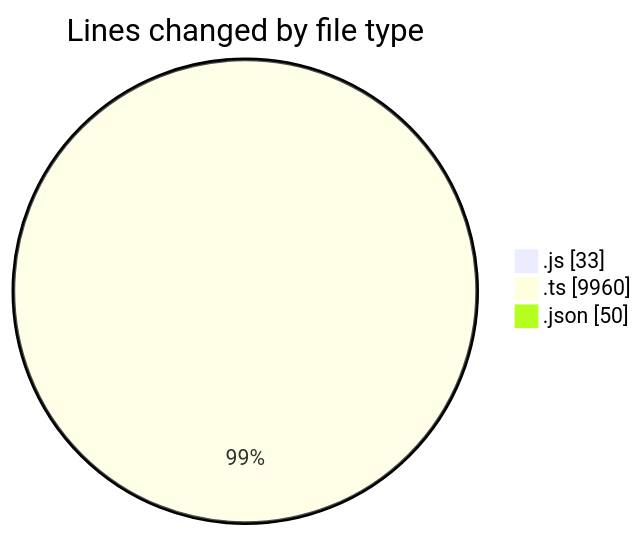
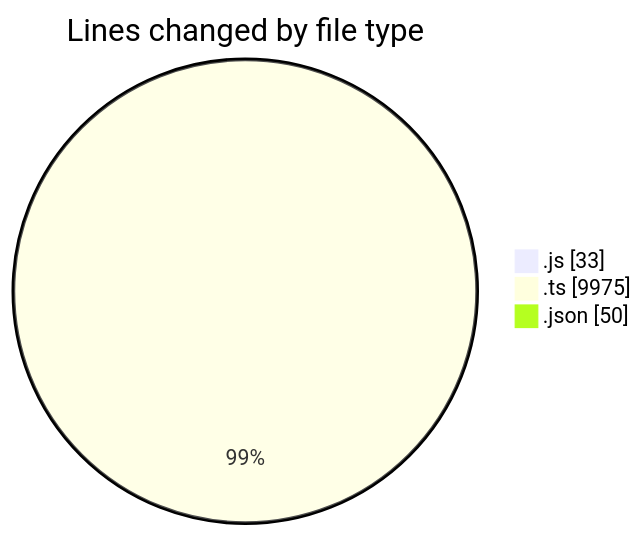
The first of 2 diagrams in 2025-09-08/cda/README.md (momahboobian/code-tracking), drawn with Mermaid before and after one commit. The commit also changed other lines of this file and 1 other file, not shown here.

````diff
--- a/2025-09-08/cda/README.md
+++ b/2025-09-08/cda/README.md
@@ -25,7 +25,7 @@
 ```mermaid
 pie showData
 title Lines changed by file type
 ".js" : 33
-".ts" : 9960
+".ts" : 9975
 ".json" : 50
 ```
````
